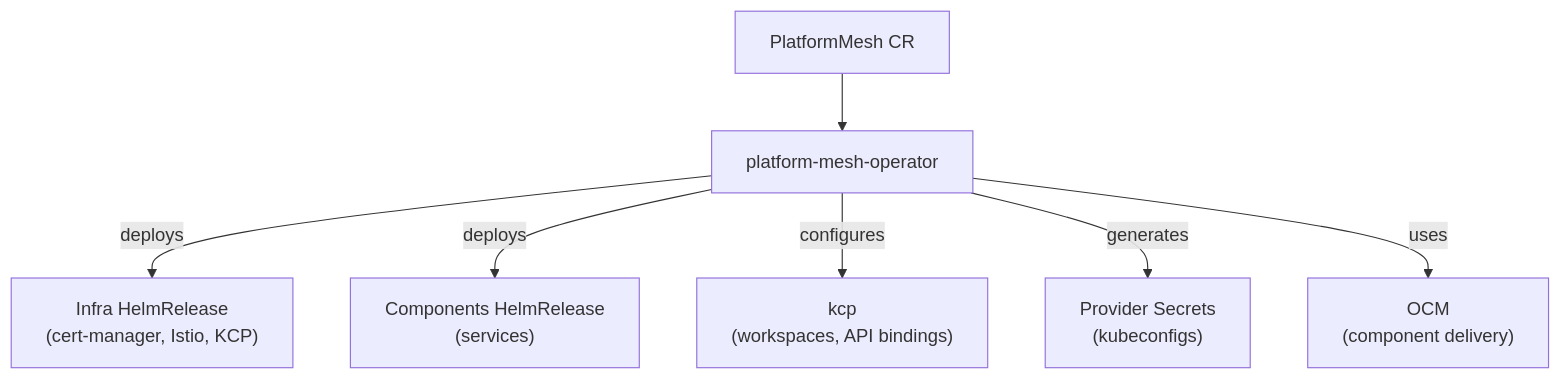
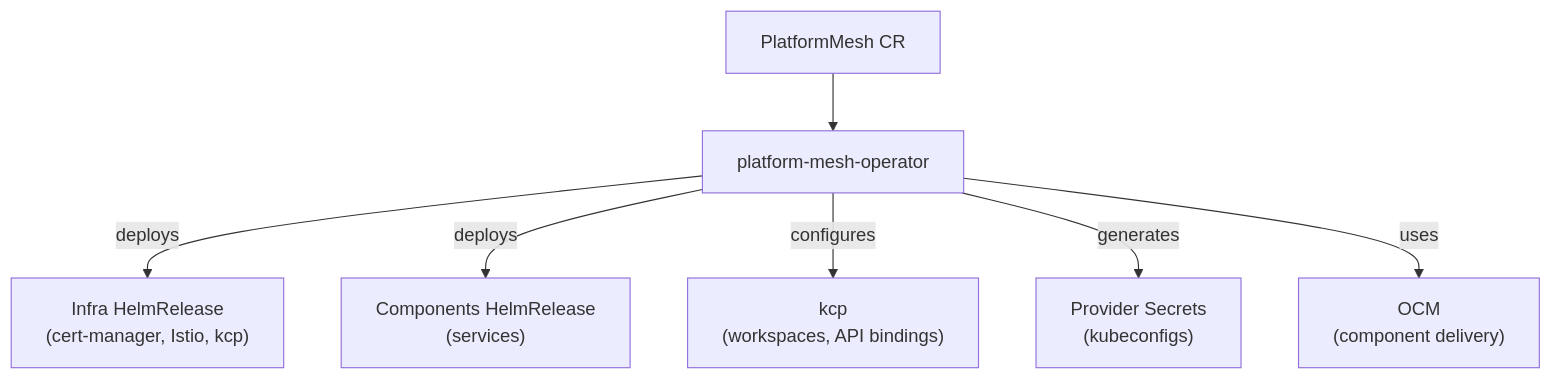
The diagram in reference/components/platform-mesh-operator.md (platform-mesh/platform-mesh.github.io), drawn with Mermaid before and after one commit. The commit also changed other lines of this file and 12 other files, not shown here.

````diff
--- a/reference/components/platform-mesh-operator.md
+++ b/reference/components/platform-mesh-operator.md
@@ -284,9 +284,9 @@
 ```mermaid
 graph TD
     PM["PlatformMesh CR"] --> OP["platform-mesh-operator"]
-    OP -->|"deploys"| INFRA["Infra HelmRelease<br/>(cert-manager, Istio, KCP)"]
+    OP -->|"deploys"| INFRA["Infra HelmRelease<br/>(cert-manager, Istio, kcp)"]
     OP -->|"deploys"| COMP["Components HelmRelease<br/>(services)"]
     OP -->|"configures"| KCP["kcp<br/>(workspaces, API bindings)"]
     OP -->|"generates"| SEC["Provider Secrets<br/>(kubeconfigs)"]
     OP -->|"uses"| OCM["OCM<br/>(component delivery)"]
 ```
````
